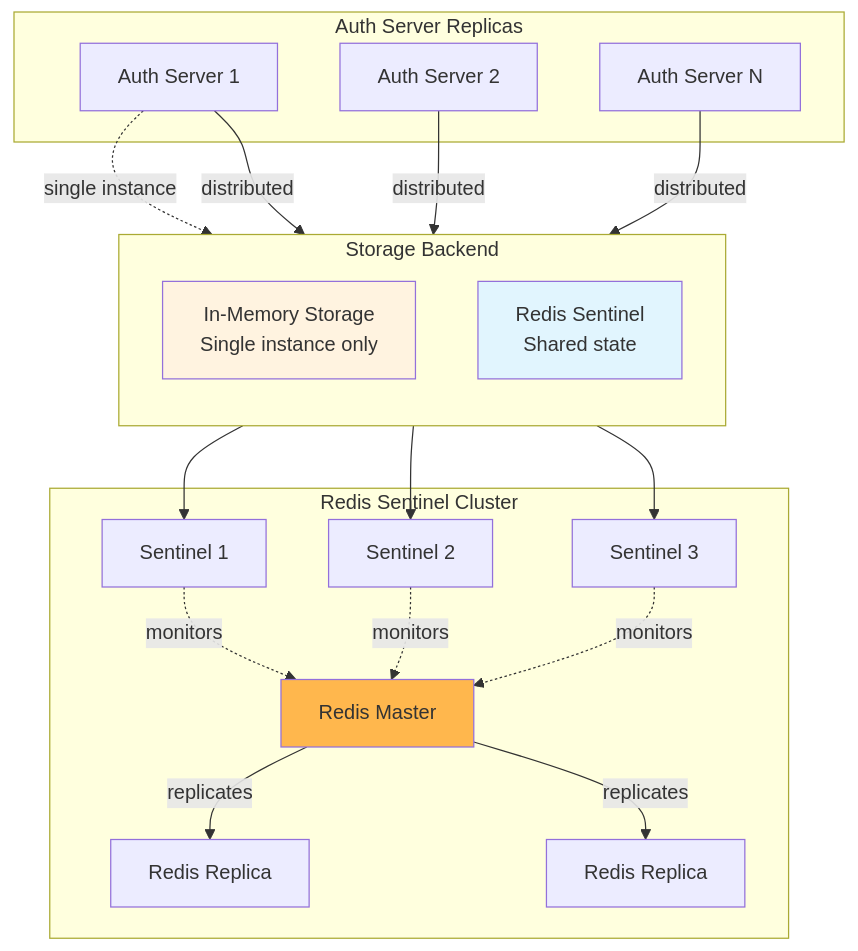
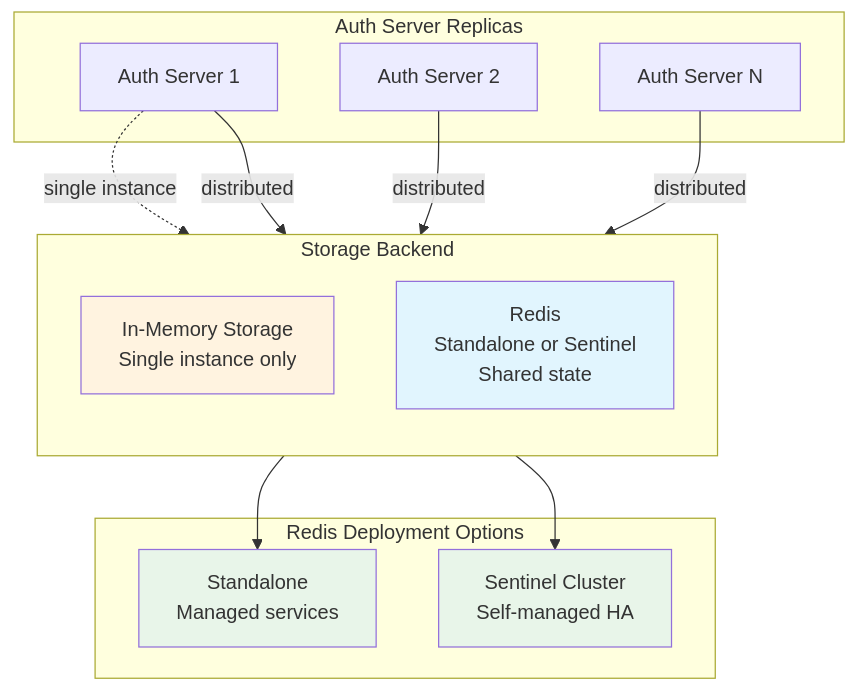
The diagram in docs/arch/11-auth-server-storage.md (stacklok/toolhive), drawn with Mermaid before and after one commit. The commit also changed other lines of this file and 8 other files, not shown here.

First line of the commit message:
Allow empty username in Redis auth for managed services

````diff
--- a/docs/arch/11-auth-server-storage.md
+++ b/docs/arch/11-auth-server-storage.md
@@ -12,41 +12,32 @@
 ```mermaid
 graph TB
     subgraph "Auth Server Replicas"
         AS1[Auth Server 1]
         AS2[Auth Server 2]
         AS3[Auth Server N]
     end
 
     subgraph "Storage Backend"
         direction TB
         Memory[In-Memory Storage<br/>Single instance only]
-        Redis[Redis Sentinel<br/>Shared state]
+        Redis[Redis<br/>Standalone or Sentinel<br/>Shared state]
     end
 
     AS1 -.->|single instance| Memory
     AS1 -->|distributed| Redis
     AS2 -->|distributed| Redis
     AS3 -->|distributed| Redis
 
-    subgraph "Redis Sentinel Cluster"
-        S1[Sentinel 1]
-        S2[Sentinel 2]
-        S3[Sentinel 3]
-        RM[Redis Master]
-        RR1[Redis Replica]
-        RR2[Redis Replica]
+    subgraph "Redis Deployment Options"
+        Standalone[Standalone<br/>Managed services]
+        Sentinel[Sentinel Cluster<br/>Self-managed HA]
     end
 
-    Redis --> S1
-    Redis --> S2
-    Redis --> S3
-    S1 -.->|monitors| RM
-    S2 -.->|monitors| RM
-    S3 -.->|monitors| RM
-    RM -->|replicates| RR1
-    RM -->|replicates| RR2
+    Redis --> Standalone
+    Redis --> Sentinel
 
     style Memory fill:#fff3e0
     style Redis fill:#e1f5fe
-    style RM fill:#ffb74d
+    style Standalone fill:#e8f5e9
+    style Sentinel fill:#e8f5e9
 ```
````
